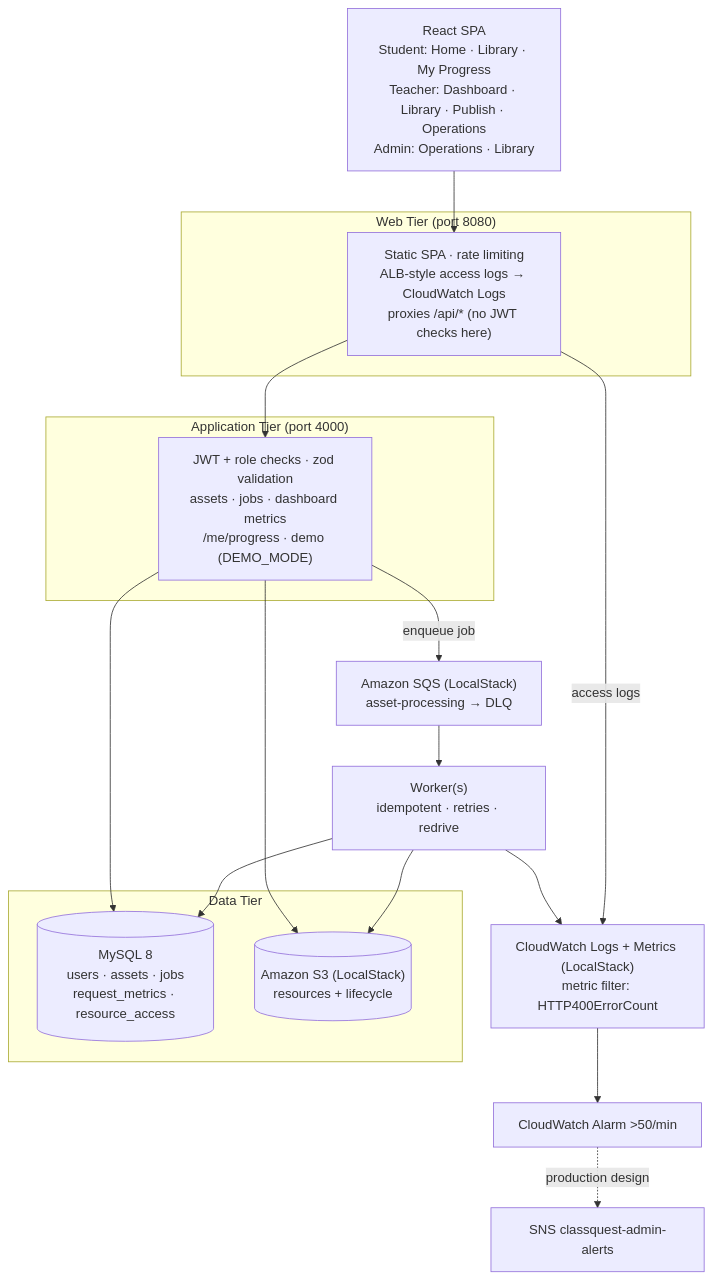
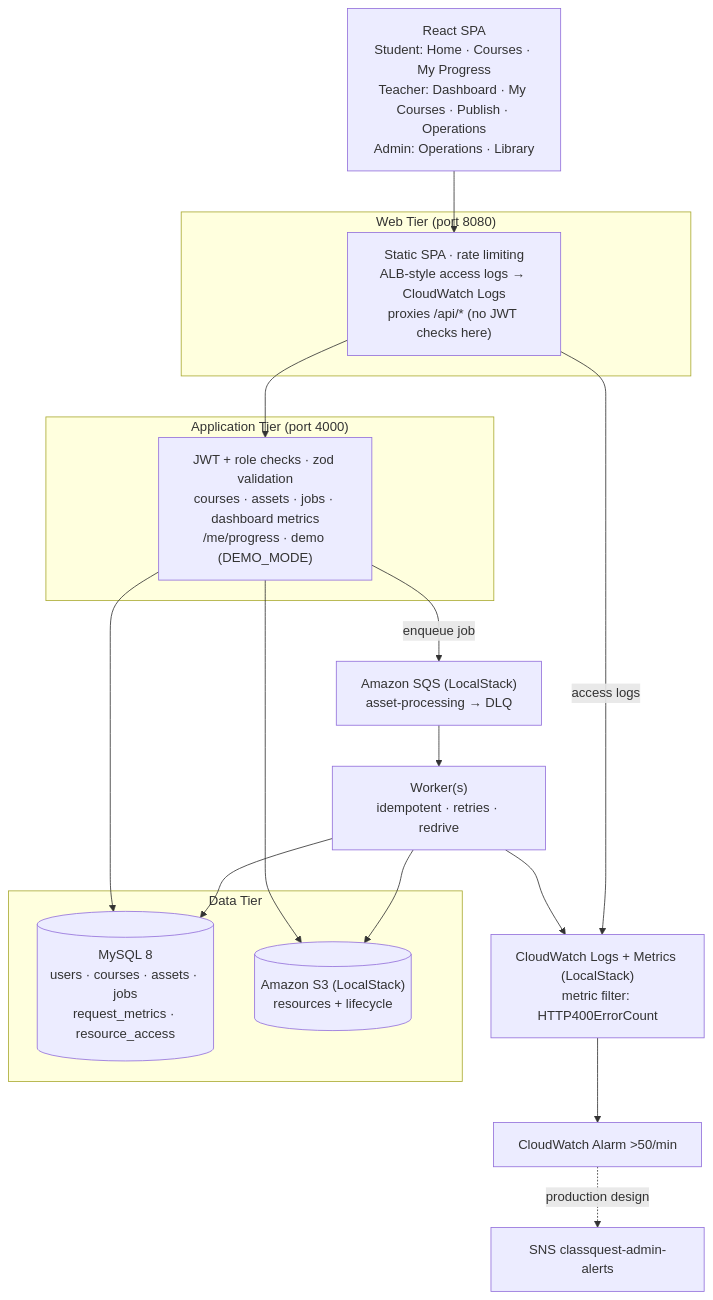
One commit to Sandwich-hye/classquest changed the first of 4 diagrams in ARCHITECTURE.md. Above: the diagram before and after it, drawn with Mermaid. The commit also changed other lines of this file and 70 other files, not shown here.

````diff
--- a/ARCHITECTURE.md
+++ b/ARCHITECTURE.md
@@ -63,34 +64,34 @@
 ```mermaid
 graph TD
-    spa["React SPA<br/>Student: Home · Library · My Progress<br/>Teacher: Dashboard · Library · Publish · Operations<br/>Admin: Operations · Library"]
+    spa["React SPA<br/>Student: Home · Courses · My Progress<br/>Teacher: Dashboard · My Courses · Publish · Operations<br/>Admin: Operations · Library"]
 
     subgraph web["Web Tier (port 8080)"]
         gw["Static SPA · rate limiting<br/>ALB-style access logs → CloudWatch Logs<br/>proxies /api/* (no JWT checks here)"]
     end
 
     subgraph app["Application Tier (port 4000)"]
-        api["JWT + role checks · zod validation<br/>assets · jobs · dashboard metrics<br/>/me/progress · demo (DEMO_MODE)"]
+        api["JWT + role checks · zod validation<br/>courses · assets · jobs · dashboard metrics<br/>/me/progress · demo (DEMO_MODE)"]
     end
 
     subgraph data["Data Tier"]
-        mysql[("MySQL 8<br/>users · assets · jobs<br/>request_metrics · resource_access")]
+        mysql[("MySQL 8<br/>users · courses · assets · jobs<br/>request_metrics · resource_access")]
         s3[("Amazon S3 (LocalStack)<br/>resources + lifecycle")]
     end
 
     q["Amazon SQS (LocalStack)<br/>asset-processing → DLQ"]
     worker["Worker(s)<br/>idempotent · retries · redrive"]
     cw["CloudWatch Logs + Metrics (LocalStack)<br/>metric filter: HTTP400ErrorCount"]
     alarm["CloudWatch Alarm >50/min"]
     sns["SNS classquest-admin-alerts"]
 
     spa --> gw --> api
     api --> mysql
     api --> s3
     api -->|enqueue job| q
     q --> worker
     worker --> s3
     worker --> mysql
     worker --> cw
     gw -->|access logs| cw
     cw --> alarm -.->|production design| sns
 ```
````
